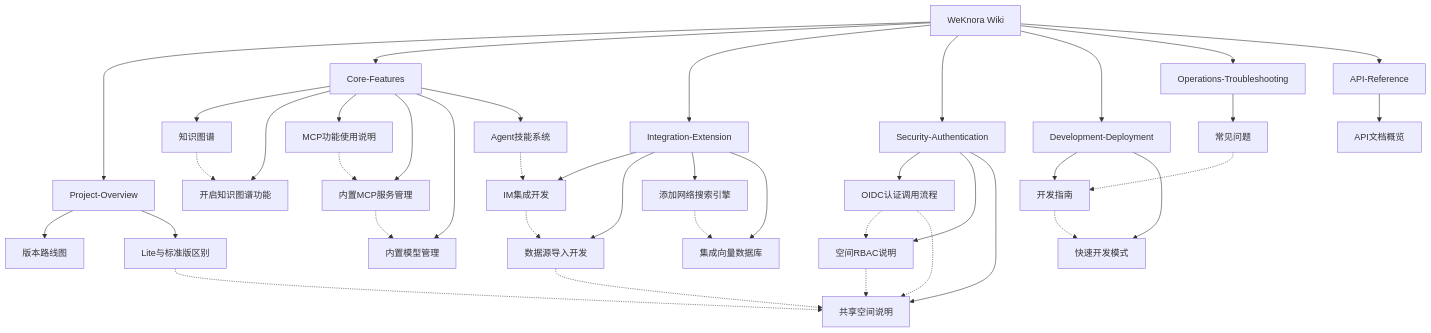
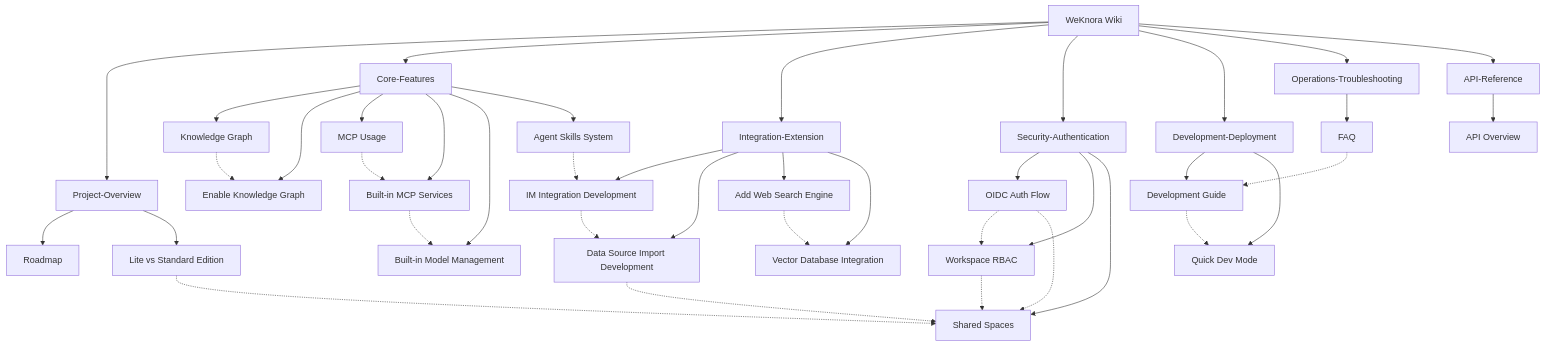
One commit to quantmind-br/WeKnora changed the diagram in docs/wiki/Home.md. Above: the diagram before and after it, drawn with Mermaid. The commit also changed 27 other files, not shown here.

First line of the commit message:
i18n: translate remaining docs diagrams, anchors, code samples and API examples

````diff
--- a/docs/wiki/Home.md
+++ b/docs/wiki/Home.md
@@ -71,51 +71,51 @@
 ```mermaid
 graph TB
     Home[WeKnora Wiki]
     Home --> Project-Overview
     Home --> Core-Features
     Home --> Integration-Extension
     Home --> Security-Authentication
     Home --> Development-Deployment
     Home --> Operations-Troubleshooting
     Home --> API-Reference
 
-    Project-Overview --> ROADMAP[版本路线图]
-    Project-Overview --> LITE[Lite与标准版区别]
+    Project-Overview --> ROADMAP[Roadmap]
+    Project-Overview --> LITE[Lite vs Standard Edition]
 
-    Core-Features --> KG[知识图谱]
-    Core-Features --> KGSetup[开启知识图谱功能]
-    Core-Features --> MCP[MCP功能使用说明]
-    Core-Features --> BuiltinMCP[内置MCP服务管理]
-    Core-Features --> BuiltinModel[内置模型管理]
-    Core-Features --> Skills[Agent技能系统]
+    Core-Features --> KG[Knowledge Graph]
+    Core-Features --> KGSetup[Enable Knowledge Graph]
+    Core-Features --> MCP[MCP Usage]
+    Core-Features --> BuiltinMCP[Built-in MCP Services]
+    Core-Features --> BuiltinModel[Built-in Model Management]
+    Core-Features --> Skills[Agent Skills System]
 
-    Integration-Extension --> IM[IM集成开发]
-    Integration-Extension --> DS[数据源导入开发]
-    Integration-Extension --> WebSearch[添加网络搜索引擎]
-    Integration-Extension --> VecDB[集成向量数据库]
+    Integration-Extension --> IM[IM Integration Development]
+    Integration-Extension --> DS[Data Source Import Development]
+    Integration-Extension --> WebSearch[Add Web Search Engine]
+    Integration-Extension --> VecDB[Vector Database Integration]
 
-    Security-Authentication --> OIDC[OIDC认证调用流程]
-    Security-Authentication --> RBAC[空间RBAC说明]
-    Security-Authentication --> SharedSpace[共享空间说明]
+    Security-Authentication --> OIDC[OIDC Auth Flow]
+    Security-Authentication --> RBAC[Workspace RBAC]
+    Security-Authentication --> SharedSpace[Shared Spaces]
 
-    Development-Deployment --> DevGuide[开发指南]
-    Development-Deployment --> QuickDev[快速开发模式]
+    Development-Deployment --> DevGuide[Development Guide]
+    Development-Deployment --> QuickDev[Quick Dev Mode]
 
-    Operations-Troubleshooting --> FAQ[常见问题]
+    Operations-Troubleshooting --> FAQ[FAQ]
 
-    API-Reference --> APIOverview[API文档概览]
+    API-Reference --> APIOverview[API Overview]
 
     KG -.-> KGSetup
     MCP -.-> BuiltinMCP
     BuiltinMCP -.-> BuiltinModel
     Skills -.-> IM
     IM -.-> DS
     DS -.-> SharedSpace
     OIDC -.-> RBAC
     RBAC -.-> SharedSpace
     OIDC -.-> SharedSpace
     LITE -.-> SharedSpace
     WebSearch -.-> VecDB
     DevGuide -.-> QuickDev
     FAQ -.-> DevGuide
 ```
````
